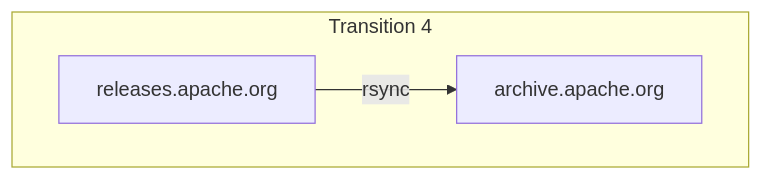
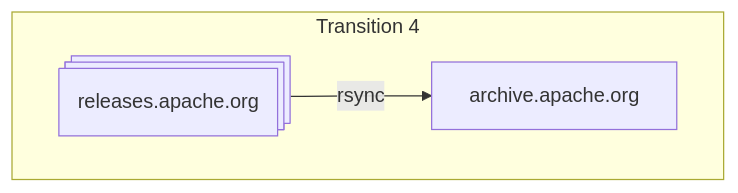
One commit to jbampton/tooling-docs changed the sixth of 6 diagrams in apache-trusted-release/svn-dist.md. Above: the diagram before and after it, drawn with Mermaid.

Commit message:
Fix mermaid syntax for flowchart in svn-dist.md

````diff
--- a/apache-trusted-release/svn-dist.md
+++ b/apache-trusted-release/svn-dist.md
@@ -125,8 +125,8 @@
 ```mermaid
 flowchart TD
     subgraph Transition 4
-    ATR[releases.apache.org]
+    ATR@{ shape: processes, label: "releases.apache.org"}
     D[archive.apache.org]
     ATR -->|rsync| D
     end
 ```
````
